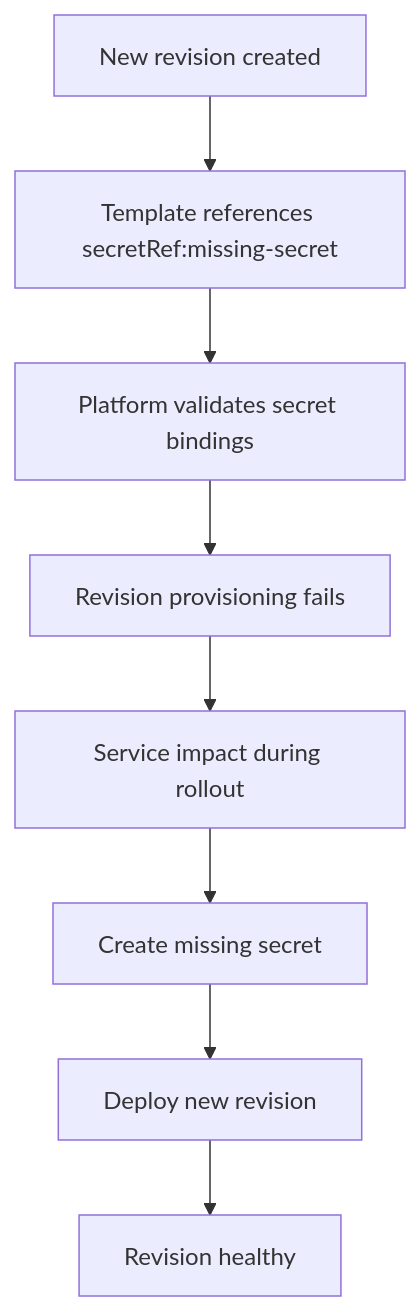
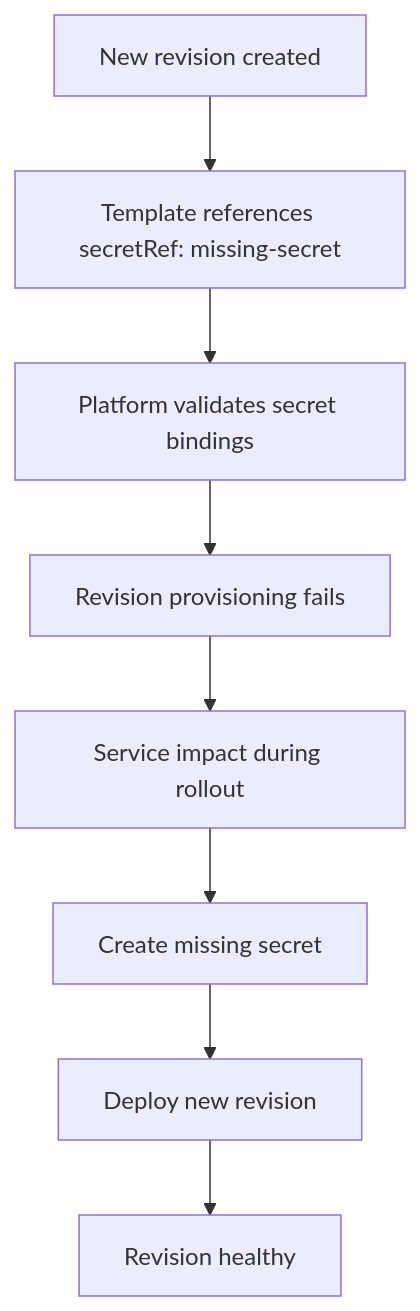
Before and after one commit to yeongseon/azure-container-apps-practical-guide: the diagram in docs/troubleshooting/lab-guides/revision-provisioning-failure.md, drawn with Mermaid. The commit also changed other lines of this file and 24 other files, not shown here.

````diff
--- a/docs/troubleshooting/lab-guides/revision-provisioning-failure.md
+++ b/docs/troubleshooting/lab-guides/revision-provisioning-failure.md
@@ -63,10 +23,10 @@
 ```mermaid
 flowchart TD
-    A[New revision created] --> B[Template references secretRef:missing-secret]
+    A[New revision created] --> B[Template references secretRef: missing-secret]
     B --> C[Platform validates secret bindings]
     C --> D[Revision provisioning fails]
     D --> E[Service impact during rollout]
     E --> F[Create missing secret]
     F --> G[Deploy new revision]
     G --> H[Revision healthy]
 ```
````
